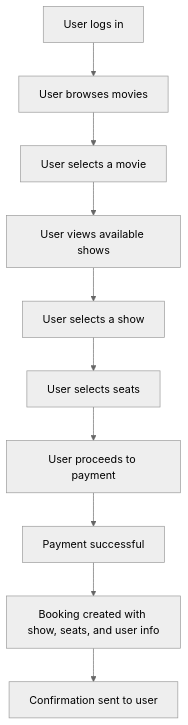
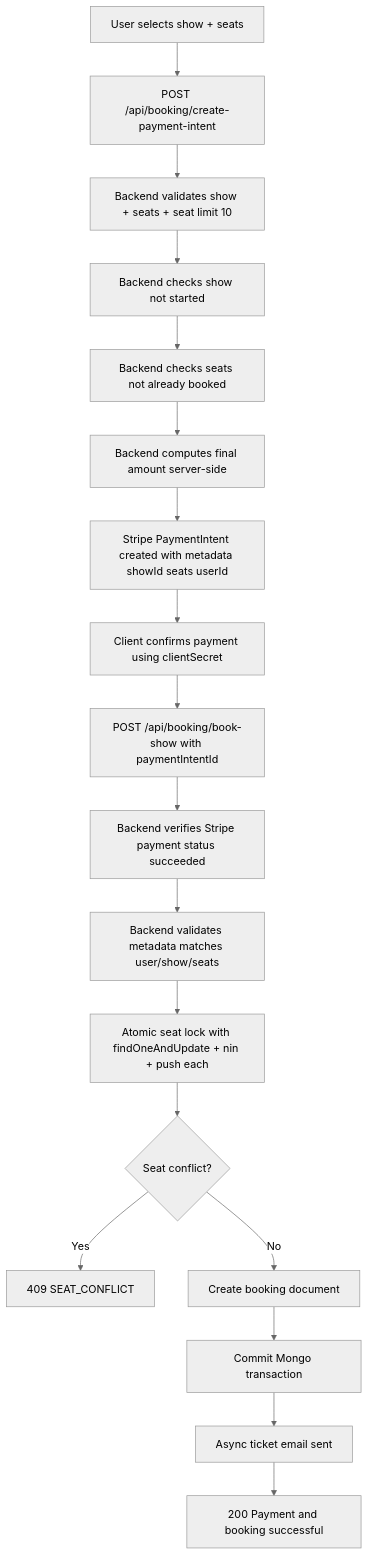
The diagram in Server/Docs/Flows/BookAMovie.md (sanket-os/fullstack-capstone-project), drawn with Mermaid (neutral theme) before and after one commit. The commit also changed other lines of this file and 14 other files, not shown here.

Commit message:
backend check & flow diagrams

````diff
--- a/Server/Docs/Flows/BookAMovie.md
+++ b/Server/Docs/Flows/BookAMovie.md
@@ -1,12 +3,22 @@
 ```mermaid
 flowchart TD
-A[User logs in] --> B[User browses movies]
-B --> C[User selects a movie]
-C --> D[User views available shows]
-D --> E[User selects a show]
-E --> F[User selects seats]
-F --> G[User proceeds to payment]
-G --> H[Payment successful]
-H --> I[Booking created with show, seats, and user info]
-I --> J[Confirmation sent to user]
+
+  A[User selects show + seats] --> B[POST /api/booking/create-payment-intent]
+  B --> C[Backend validates show + seats + seat limit 10]
+  C --> D[Backend checks show not started]
+  D --> E[Backend checks seats not already booked]
+  E --> F[Backend computes final amount server-side]
+  F --> G[Stripe PaymentIntent created with metadata showId seats userId]
+  G --> H[Client confirms payment using clientSecret]
+
+  H --> I[POST /api/booking/book-show with paymentIntentId]
+  I --> J[Backend verifies Stripe payment status succeeded]
+  J --> K[Backend validates metadata matches user/show/seats]
+  K --> L[Atomic seat lock with findOneAndUpdate + nin + push each]
+  L --> M{Seat conflict?}
+  M -->|Yes| N[409 SEAT_CONFLICT]
+  M -->|No| O[Create booking document]
+  O --> P[Commit Mongo transaction]
+  P --> Q[Async ticket email sent]
+  Q --> R[200 Payment and booking successful]
 ```
````
